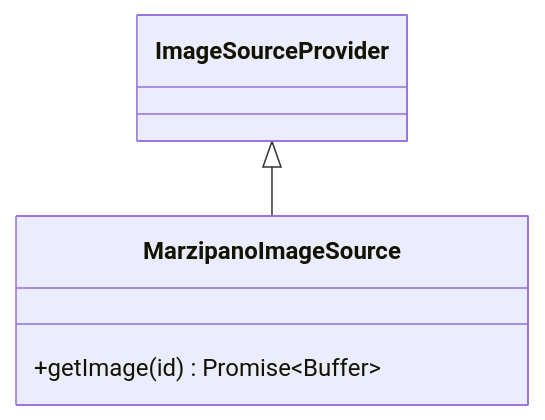
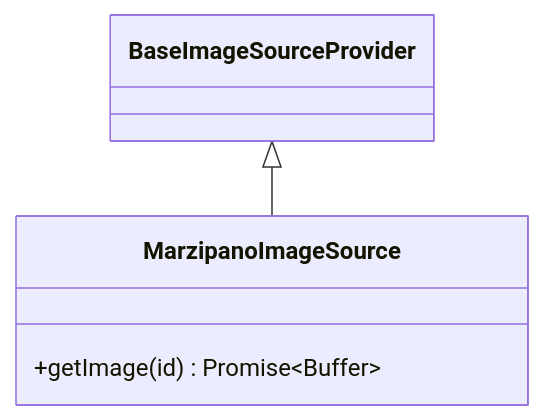
Before and after one commit to DrMarcoGilardi/BRANI-360: the tenth of 36 diagrams in docs/SERVER_DOCS.md, drawn with Mermaid. The commit also changed other lines of this file and 2 other files, not shown here.

````diff
--- a/docs/SERVER_DOCS.md
+++ b/docs/SERVER_DOCS.md
@@ -191,7 +191,7 @@
 ```mermaid
 classDiagram
-ImageSourceProvider <|-- MarzipanoImageSource
+BaseImageSourceProvider <|-- MarzipanoImageSource
 class MarzipanoImageSource{
 +getImage(id) Promise~Buffer~
 }
 ```
````
